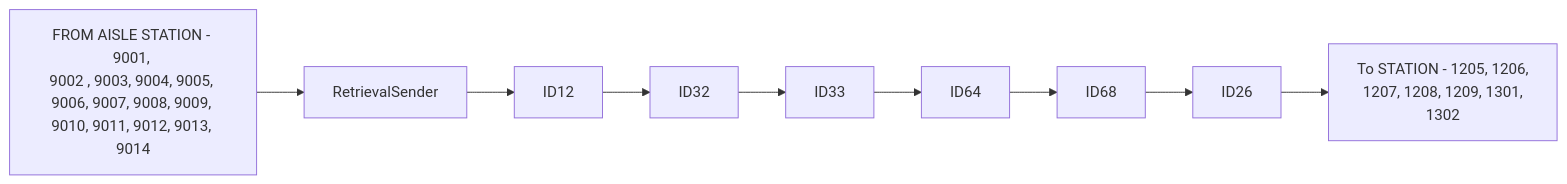
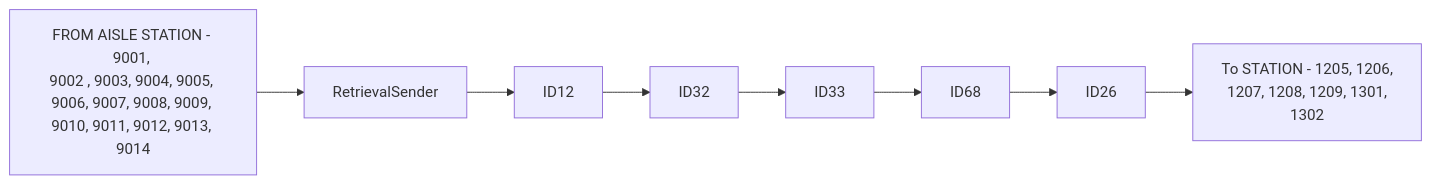
One commit to luthfiadityaa/SimeDarby-Wiki changed the first of 8 diagrams in Basic-Design/DFD-WMS/Retrieval/Planned-Retrieval-to-HP-Area.md. Above: the diagram before and after it, drawn with Mermaid. The commit also changed other lines of this file, not shown here.

```diff
--- a/Basic-Design/DFD-WMS/Retrieval/Planned-Retrieval-to-HP-Area.md
+++ b/Basic-Design/DFD-WMS/Retrieval/Planned-Retrieval-to-HP-Area.md
@@ -11,11 +11,11 @@
 ::: mermaid
 flowchart LR
   
 P1[FROM AISLE STATION - 9001, 
 9002 , 9003, 9004, 9005, 
 9006, 9007, 9008, 9009, 
 9010, 9011, 9012, 9013, 
-9014]-->P2[RetrievalSender]-->P21[ID12]-->P3[ID32]-->P4[ID33]-->P5[ID64]-->P6[ID68]-->P7[ID26]-->P8[To STATION - 1205, 1206, 
+9014]-->P2[RetrievalSender]-->P21[ID12]-->P3[ID32]-->P4[ID33]-->P6[ID68]-->P7[ID26]-->P8[To STATION - 1205, 1206, 
 1207, 1208, 1209, 1301, 
 1302] 
 :::
```
